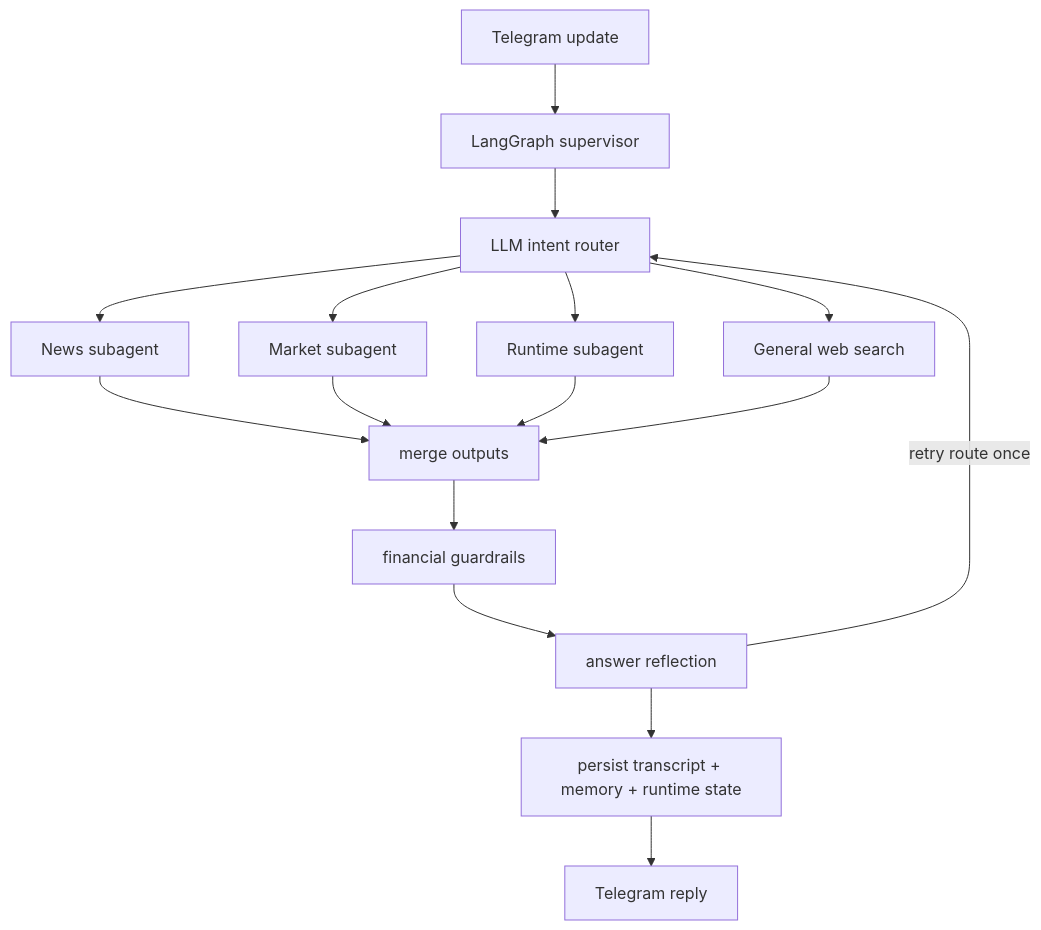
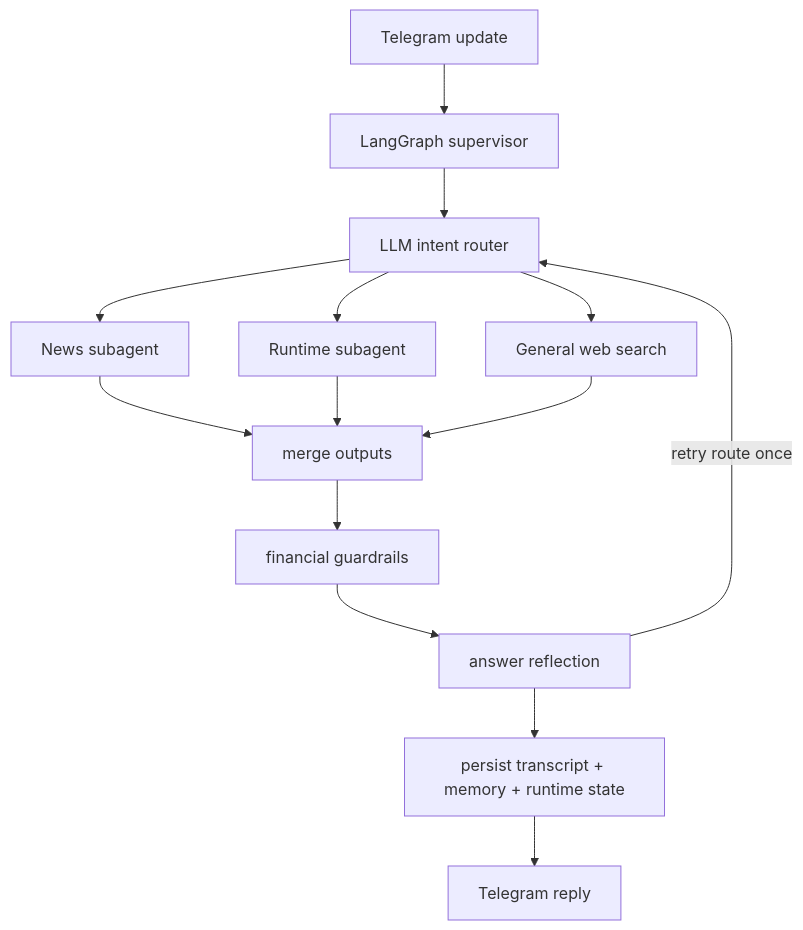
The first of 2 diagrams in README.md (whr129/Hello-Stock), drawn with Mermaid before and after one commit. The commit also changed other lines of this file and 47 other files, not shown here.

````diff
--- a/README.md
+++ b/README.md
@@ -32,18 +31,16 @@
 ```mermaid
 flowchart TD
     telegram[Telegram update] --> supervisor[LangGraph supervisor]
     supervisor --> router[LLM intent router]
     router --> news[News subagent]
-    router --> market[Market subagent]
     router --> runtime[Runtime subagent]
     router --> search[General web search]
     news --> merge[merge outputs]
-    market --> merge
     runtime --> merge
     search --> merge
     merge --> guardrails[financial guardrails]
     guardrails --> reflect[answer reflection]
     reflect -->|retry route once| router
     reflect --> persist[persist transcript + memory + runtime state]
     persist --> reply[Telegram reply]
 ```
````
